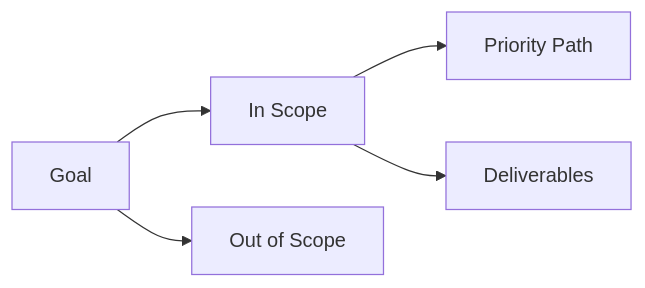
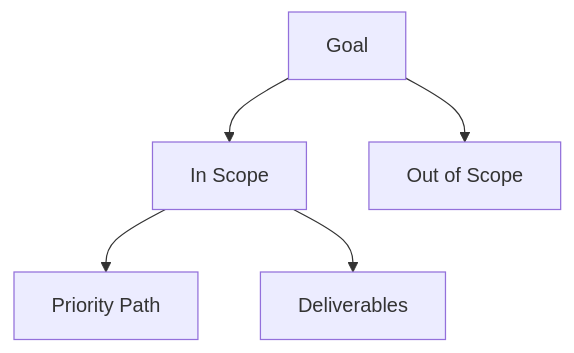
The diagram in templates/00-intake.md (WangXianan456/repo-global-map), drawn with Mermaid before and after one commit. The commit also changed 5 other files, not shown here.

Commit message:
docs: improve Obsidian diagram readability

````diff
--- a/templates/00-intake.md
+++ b/templates/00-intake.md
@@ -32,7 +32,7 @@
 ```mermaid
-flowchart LR
+flowchart TD
 Goal[Goal] --> Scope[In Scope]
 Goal --> OutScope[Out of Scope]
 Scope --> Path[Priority Path]
 Scope --> Deliverable[Deliverables]
 ```
````
